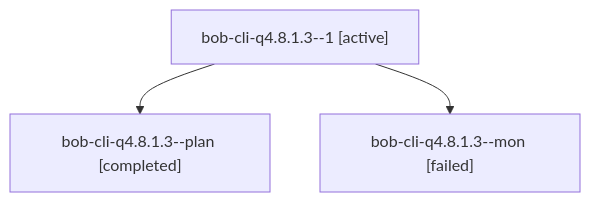
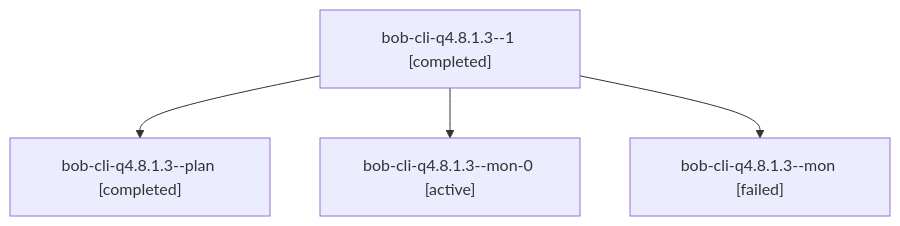
One commit to bobs-org/bob-cli--agents changed the diagram in sessions/bbugyi200.athena.bob-cli-q4.8.1.3.md. Above: the diagram before and after it, drawn with Mermaid. The commit also changed other lines of this file and 51 other files, not shown here.

````diff
--- a/sessions/bbugyi200.athena.bob-cli-q4.8.1.3.md
+++ b/sessions/bbugyi200.athena.bob-cli-q4.8.1.3.md
@@ -9,8 +9,10 @@
 ```mermaid
 flowchart TD
-  n0["bob-cli-q4.8.1.3--1 [active]"]
+  n0["bob-cli-q4.8.1.3--1 [completed]"]
   n1["bob-cli-q4.8.1.3--plan [completed]"]
   n0 --> n1
-  n2["bob-cli-q4.8.1.3--mon [failed]"]
+  n2["bob-cli-q4.8.1.3--mon-0 [active]"]
   n0 --> n2
+  n3["bob-cli-q4.8.1.3--mon [failed]"]
+  n0 --> n3
 ```
````
